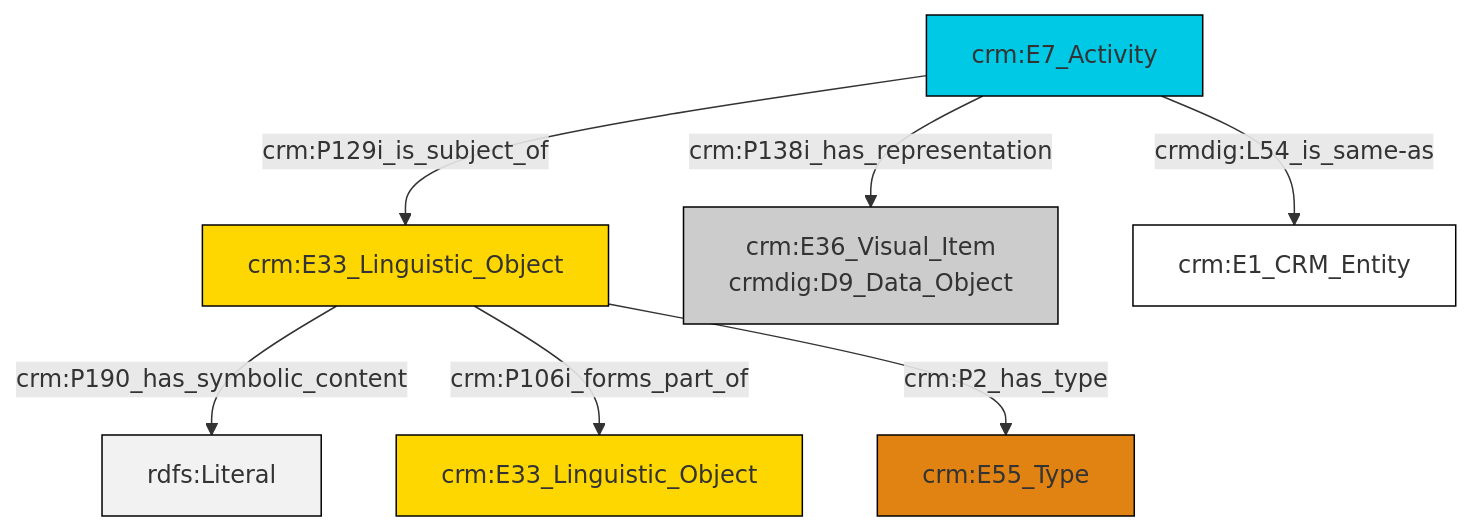
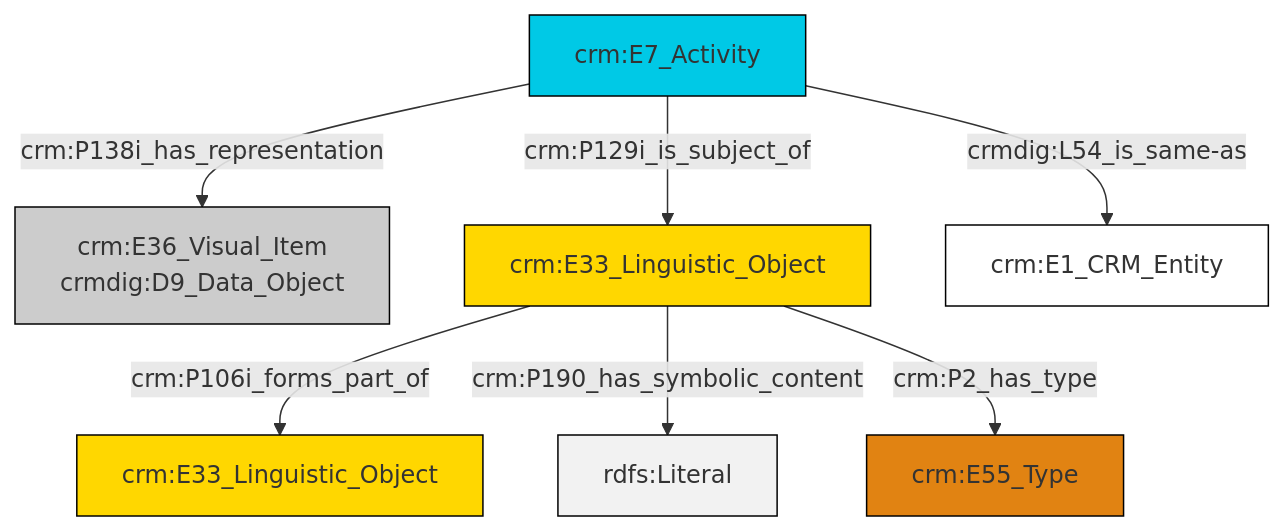
Before and after one commit to swiss-art-research-net/docs.swissartresearch: the diagram in et/eventCSV/ttl/mmd/event_documentation.ttl.mmd, drawn with Mermaid. The commit also changed 204 other files, not shown here.

```diff
--- a/et/eventCSV/ttl/mmd/event_documentation.ttl.mmd
+++ b/et/eventCSV/ttl/mmd/event_documentation.ttl.mmd
@@ -1,21 +1,21 @@
 graph TD
 classDef Literal fill:#f2f2f2,stroke:#000000;
 classDef CRM_Entity fill:#FFFFFF,stroke:#000000;
 classDef Temporal_Entity fill:#00C9E6, stroke:#000000;
 classDef Type fill:#E18312, stroke:#000000;
 classDef Time-Span fill:#2C9C91, stroke:#000000;
 classDef Appellation fill:#FFEB7F, stroke:#000000;
 classDef Place fill:#008836, stroke:#000000;
 classDef Persistent_Item fill:#B266B2, stroke:#000000;
 classDef Conceptual_Object fill:#FFD700, stroke:#000000;
 classDef Physical_Thing fill:#D2B48C, stroke:#000000;
 classDef Actor fill:#f58aad, stroke:#000000;
 classDef PC_Classes fill:#4ce600, stroke:#000000;
 classDef Multi fill:#cccccc,stroke:#000000;
 
-0["crm:E33_Linguistic_Object"]:::Conceptual_Object -->|crm:P190_has_symbolic_content| 2[rdfs:Literal]:::Literal
-3["crm:E7_Activity"]:::Temporal_Entity -->|crm:P138i_has_representation| 4["crm:E36_Visual_Item<br>crmdig:D9_Data_Object"]:::Multi
-0["crm:E33_Linguistic_Object"]:::Conceptual_Object -->|crm:P106i_forms_part_of| 5["crm:E33_Linguistic_Object"]:::Conceptual_Object
-3["crm:E7_Activity"]:::Temporal_Entity -->|crmdig:L54_is_same-as| 7["crm:E1_CRM_Entity"]:::CRM_Entity
-0["crm:E33_Linguistic_Object"]:::Conceptual_Object -->|crm:P2_has_type| 11["crm:E55_Type"]:::Type
-3["crm:E7_Activity"]:::Temporal_Entity -->|crm:P129i_is_subject_of| 0["crm:E33_Linguistic_Object"]:::Conceptual_Object
+5["crm:E7_Activity"]:::Temporal_Entity -->|crm:P129i_is_subject_of| 6["crm:E33_Linguistic_Object"]:::Conceptual_Object
+5["crm:E7_Activity"]:::Temporal_Entity -->|crmdig:L54_is_same-as| 10["crm:E1_CRM_Entity"]:::CRM_Entity
+5["crm:E7_Activity"]:::Temporal_Entity -->|crm:P138i_has_representation| 0["crm:E36_Visual_Item<br>crmdig:D9_Data_Object"]:::Multi
+6["crm:E33_Linguistic_Object"]:::Conceptual_Object -->|crm:P106i_forms_part_of| 8["crm:E33_Linguistic_Object"]:::Conceptual_Object
+6["crm:E33_Linguistic_Object"]:::Conceptual_Object -->|crm:P190_has_symbolic_content| 12[rdfs:Literal]:::Literal
+6["crm:E33_Linguistic_Object"]:::Conceptual_Object -->|crm:P2_has_type| 2["crm:E55_Type"]:::Type
```
